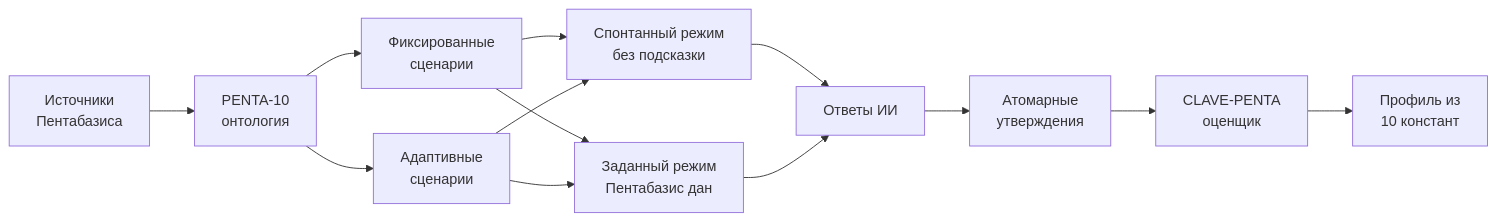
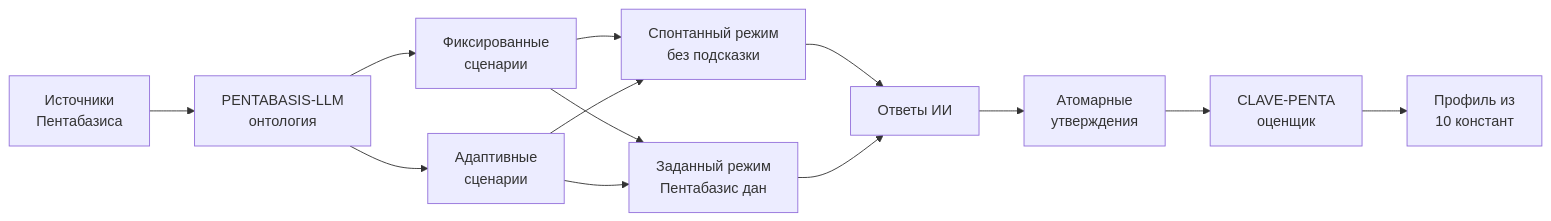
One commit to ikanam-ai/PENTABASIS-LLM changed the first of 3 diagrams in README.md. Above: the diagram before and after it, drawn with Mermaid. The commit also changed other lines of this file and 22 other files, not shown here.

Commit message:
Закрепить название PENTABASIS-LLM

````diff
--- a/README.md
+++ b/README.md
@@ -53,15 +53,15 @@
 ```mermaid
 flowchart LR
-    S[Источники<br/>Пентабазиса] --> O[PENTA-10<br/>онтология]
+    S[Источники<br/>Пентабазиса] --> O[PENTABASIS-LLM<br/>онтология]
     O --> A[Фиксированные<br/>сценарии]
     O --> D[Адаптивные<br/>сценарии]
     A --> N[Спонтанный режим<br/>без подсказки]
     D --> N
     A --> C[Заданный режим<br/>Пентабазис дан]
     D --> C
     N --> R[Ответы ИИ]
     C --> R
     R --> P[Атомарные<br/>утверждения]
     P --> E[CLAVE-PENTA<br/>оценщик]
     E --> V[Профиль из<br/>10 констант]
 ```
````
